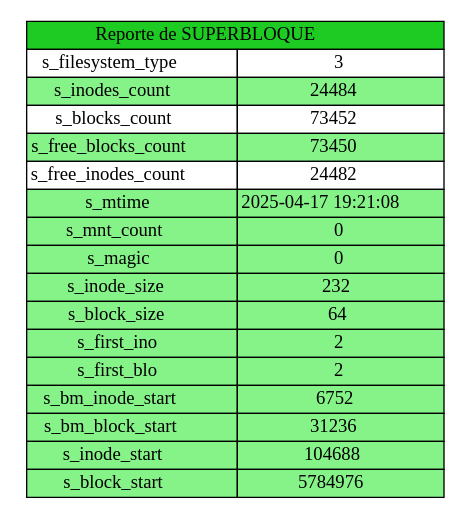
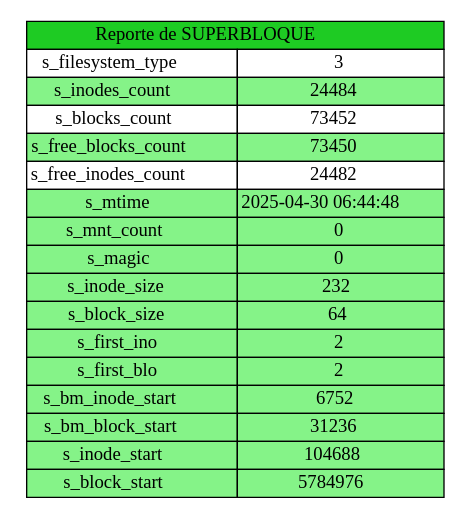
The diagram in reports/p4_r5_sb.dot (melgxrga/MIA_1S2025_P2_202302549), drawn with Graphviz before and after one commit. The commit also changed 9 other files, not shown here.

```diff
--- a/reports/p4_r5_sb.dot
+++ b/reports/p4_r5_sb.dot
@@ -1,24 +1,24 @@
 digraph {
 	node [shape=plaintext]
 	table [label=<
 		<TABLE BORDER="0" CELLBORDER="1" CELLSPACING="0">
 			<TR><TD bgcolor="#1ECB23" COLSPAN="2"> Reporte de SUPERBLOQUE </TD></TR>
 			<TR><TD> s_filesystem_type </TD><TD>3</TD></TR>
 			<TR><TD bgcolor="#85F388"> s_inodes_count </TD><TD bgcolor="#85F388">24484</TD></TR>
 			<TR><TD> s_blocks_count </TD><TD>73452</TD></TR>
 			<TR><TD bgcolor="#85F388"> s_free_blocks_count </TD><TD bgcolor="#85F388">73450</TD></TR>
 			<TR><TD> s_free_inodes_count </TD><TD>24482</TD></TR>
-			<TR><TD bgcolor="#85F388"> s_mtime </TD><TD bgcolor="#85F388">2025-04-17 19:21:08</TD></TR>
+			<TR><TD bgcolor="#85F388"> s_mtime </TD><TD bgcolor="#85F388">2025-04-30 06:44:48</TD></TR>
 			<TR><TD bgcolor="#85F388"> s_mnt_count </TD><TD bgcolor="#85F388">0</TD></TR>
 			<TR><TD bgcolor="#85F388"> s_magic </TD><TD bgcolor="#85F388">0</TD></TR>
 			<TR><TD bgcolor="#85F388"> s_inode_size </TD><TD bgcolor="#85F388">232</TD></TR>
 			<TR><TD bgcolor="#85F388"> s_block_size </TD><TD bgcolor="#85F388">64</TD></TR>
 			<TR><TD bgcolor="#85F388"> s_first_ino </TD><TD bgcolor="#85F388">2</TD></TR>
 			<TR><TD bgcolor="#85F388"> s_first_blo </TD><TD bgcolor="#85F388">2</TD></TR>
 			<TR><TD bgcolor="#85F388"> s_bm_inode_start </TD><TD bgcolor="#85F388">6752</TD></TR>
 			<TR><TD bgcolor="#85F388"> s_bm_block_start </TD><TD bgcolor="#85F388">31236</TD></TR>
 			<TR><TD bgcolor="#85F388"> s_inode_start </TD><TD bgcolor="#85F388">104688</TD></TR>
 			<TR><TD bgcolor="#85F388"> s_block_start </TD><TD bgcolor="#85F388">5784976</TD></TR>
 		</TABLE>
 	>]
 }
```
